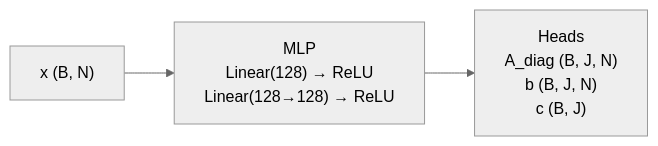
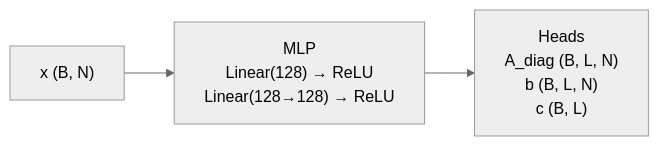
The diagram in dqn/opinion_dynamics/draw_network/net_diagram.md (mariusdgm/phd-rl-algos), drawn with Mermaid (neutral theme) before and after one commit.

Commit message:
Changed adnotation in diagram

````diff
--- a/dqn/opinion_dynamics/draw_network/net_diagram.md
+++ b/dqn/opinion_dynamics/draw_network/net_diagram.md
@@ -1,13 +1,13 @@
 ```mermaid
 flowchart LR
   X["x (B, N)"]
   FC["MLP
   Linear(128) → ReLU
   Linear(128→128) → ReLU"]
   Head["Heads
-  A_diag (B, J, N)
-  b (B, J, N)
-  c (B, J)"]
+  A_diag (B, L, N)
+  b (B, L, N)
+  c (B, L)"]
 
   X --> FC --> Head
 ```
````
